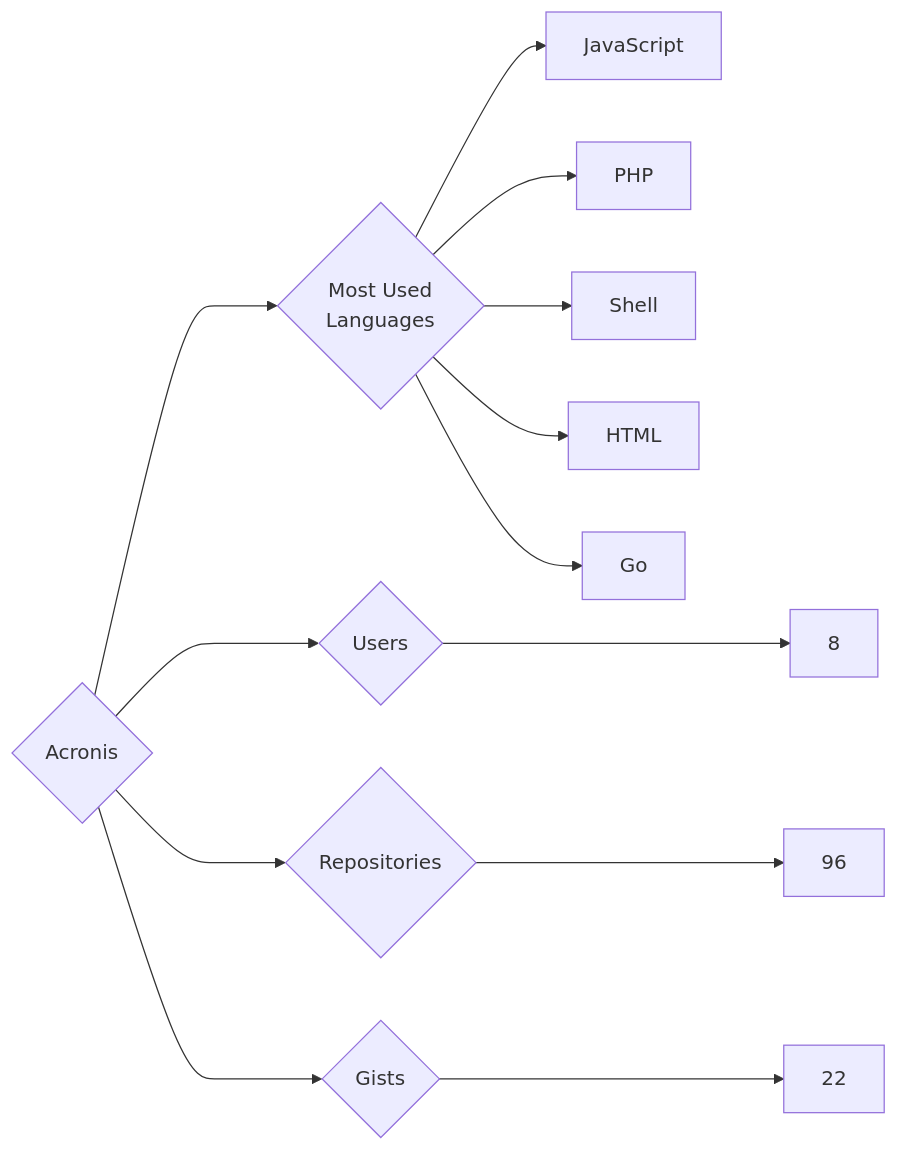
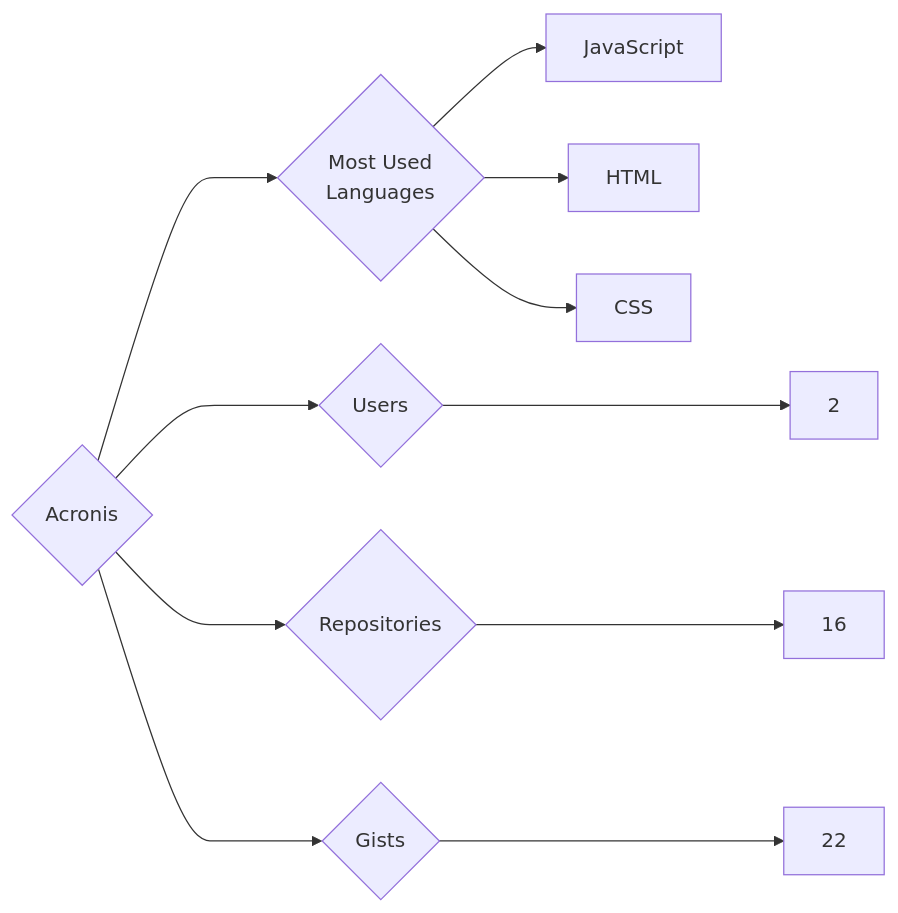
One commit to trickest/insiders changed the diagram in targets/Acronis/README.md. Above: the diagram before and after it, drawn with Mermaid. The commit also changed 1084 other files, not shown here.

````diff
--- a/targets/Acronis/README.md
+++ b/targets/Acronis/README.md
@@ -3,13 +3,11 @@
 ```mermaid
 graph LR
 COMPANY_NAME{Acronis}
-COMPANY_NAME ---> U{Users} ---> UN[8]
-COMPANY_NAME ---> R{Repositories} ---> RN[96]
+COMPANY_NAME ---> U{Users} ---> UN[2]
+COMPANY_NAME ---> R{Repositories} ---> RN[16]
 COMPANY_NAME ---> G{Gists} ---> GN[22]
 COMPANY_NAME ---> ML{Most Used<br>Languages}
 ML --> JavaScript[JavaScript]
-ML --> PHP[PHP]
-ML --> Shell[Shell]
 ML --> HTML[HTML]
-ML --> Go[Go]
+ML --> CSS[CSS]
 ```
````
